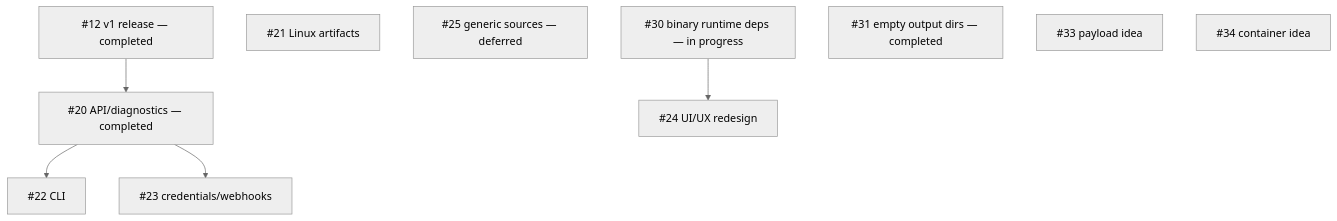
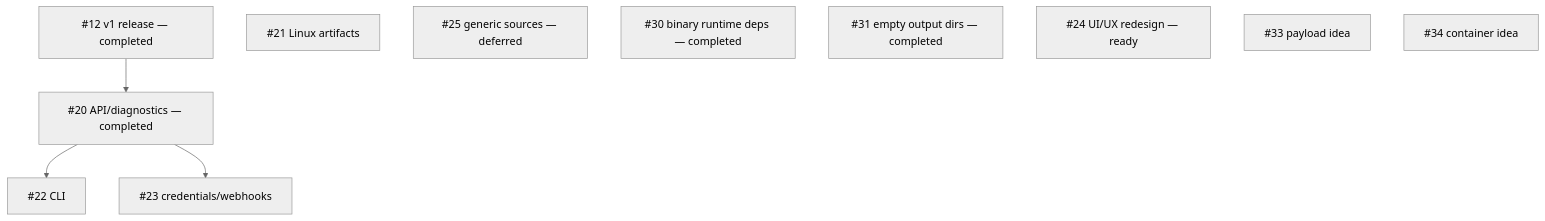
Before and after one commit to ProBatou/DebBuilder: the diagram in docs/ROADMAP.md, drawn with Mermaid (neutral theme). The commit also changed other lines of this file, not shown here.

Commit message:
docs: complete issue 30 roadmap status

````diff
--- a/docs/ROADMAP.md
+++ b/docs/ROADMAP.md
@@ -76,18 +76,17 @@
 ```mermaid
 flowchart TD
     I12["#12 v1 release — completed"]
     I20["#20 API/diagnostics — completed"]
     I21["#21 Linux artifacts"]
     I22["#22 CLI"]
     I23["#23 credentials/webhooks"]
     I25["#25 generic sources — deferred"]
-    I30["#30 binary runtime deps — in progress"]
+    I30["#30 binary runtime deps — completed"]
     I31["#31 empty output dirs — completed"]
-    I24["#24 UI/UX redesign"]
+    I24["#24 UI/UX redesign — ready"]
     I33["#33 payload idea"]
     I34["#34 container idea"]
 
     I12 --> I20
     I20 --> I22 & I23
-    I30 --> I24
 ```
````
